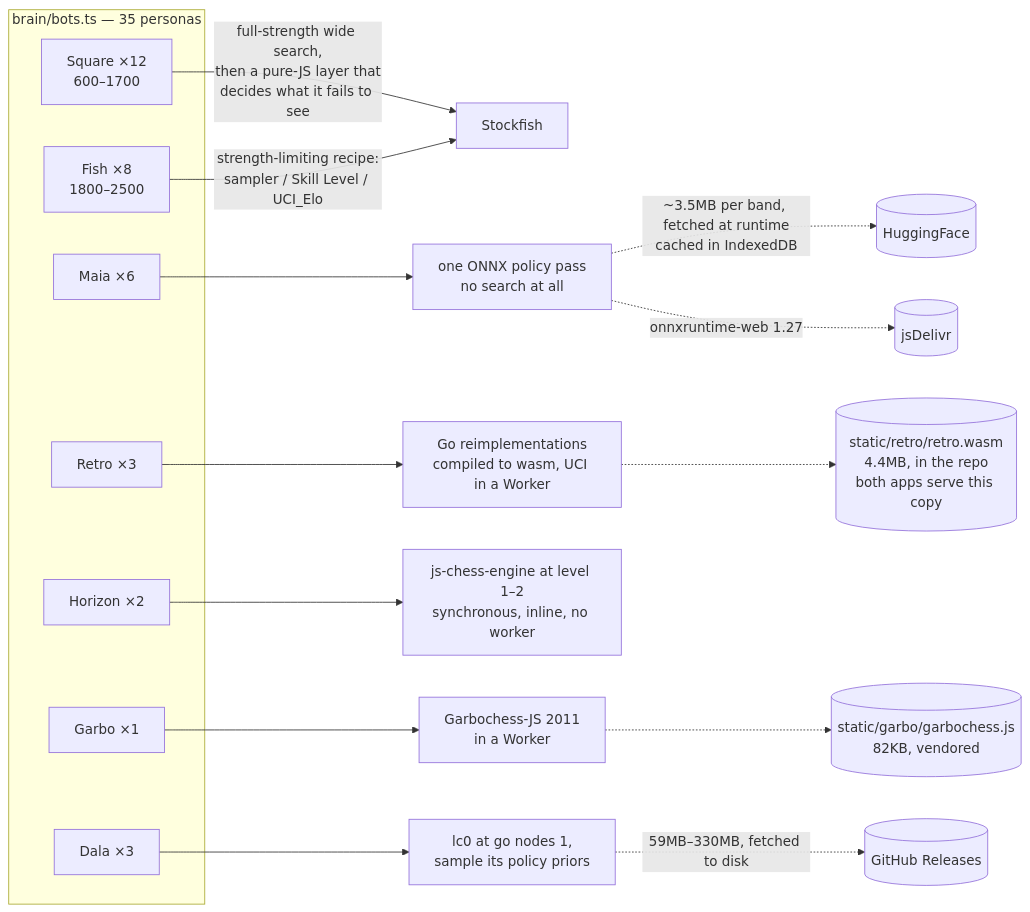
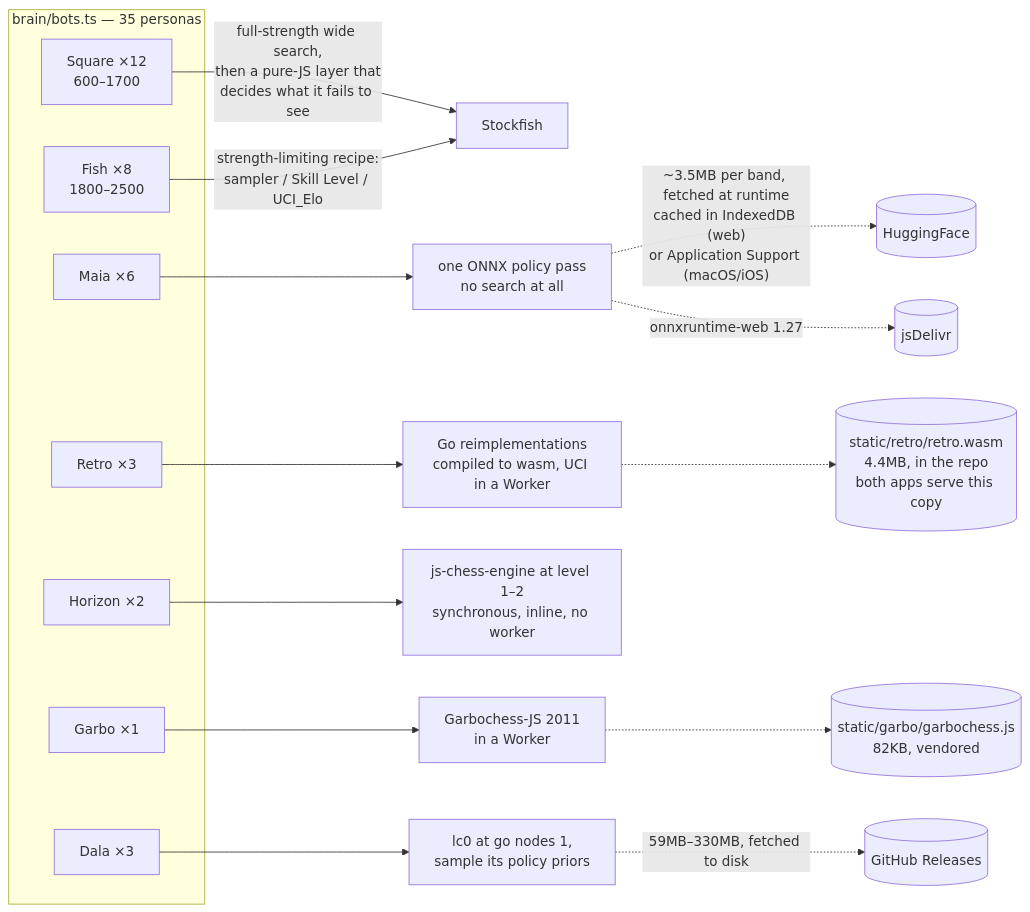
One commit to quadrismegistus/botvinnik changed the third of 5 diagrams in ARCHITECTURE.md. Above: the diagram before and after it, drawn with Mermaid. The commit also changed other lines of this file and 19 other files, not shown here.

````diff
--- a/ARCHITECTURE.md
+++ b/ARCHITECTURE.md
@@ -84,26 +84,26 @@
 ```mermaid
 flowchart LR
     subgraph FAM["brain/bots.ts — 35 personas"]
         SQ["Square ×12<br/>600–1700"]
         FI["Fish ×8<br/>1800–2500"]
         MA["Maia ×6"]
         RE["Retro ×3"]
         HO["Horizon ×2"]
         GA["Garbo ×1"]
         DA["Dala ×3"]
     end
 
     SQ -->|"full-strength wide search,<br/>then a pure-JS layer that<br/>decides what it fails to see"| SF["Stockfish"]
     FI -->|"strength-limiting recipe:<br/>sampler / Skill Level / UCI_Elo"| SF
     MA --> ONNX["one ONNX policy pass<br/>no search at all"]
     RE --> GOW["Go reimplementations<br/>compiled to wasm, UCI in a Worker"]
     HO --> JSCE["js-chess-engine at level 1–2<br/>synchronous, inline, no worker"]
     GA --> GARBO["Garbochess-JS 2011<br/>in a Worker"]
     DA --> LC0["lc0 at go nodes 1,<br/>sample its policy priors"]
 
-    ONNX -.->|"~3.5MB per band, fetched at runtime<br/>cached in IndexedDB"| HF[("HuggingFace")]
+    ONNX -.->|"~3.5MB per band, fetched at runtime<br/>cached in IndexedDB (web)<br/>or Application Support (macOS/iOS)"| HF[("HuggingFace")]
     ONNX -.->|"onnxruntime-web 1.27"| CDN[("jsDelivr")]
     GOW -.-> RW[("static/retro/retro.wasm<br/>4.4MB, in the repo<br/>both apps serve this copy")]
     GARBO -.-> GB[("static/garbo/garbochess.js<br/>82KB, vendored")]
     LC0 -.->|"59MB–330MB, fetched to disk"| GH[("GitHub Releases")]
 ```
````
